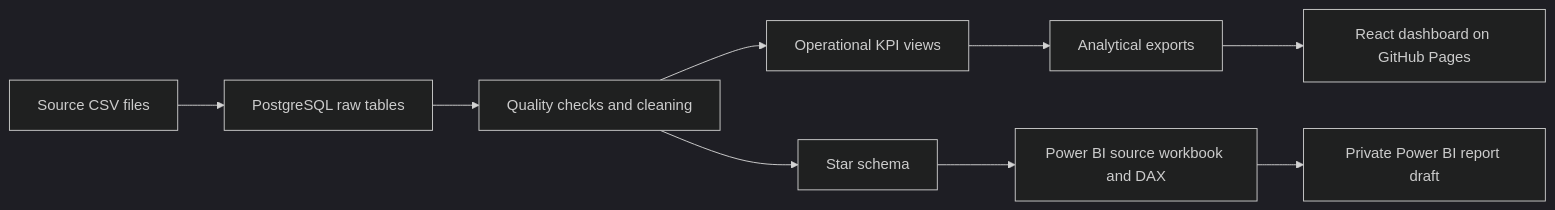
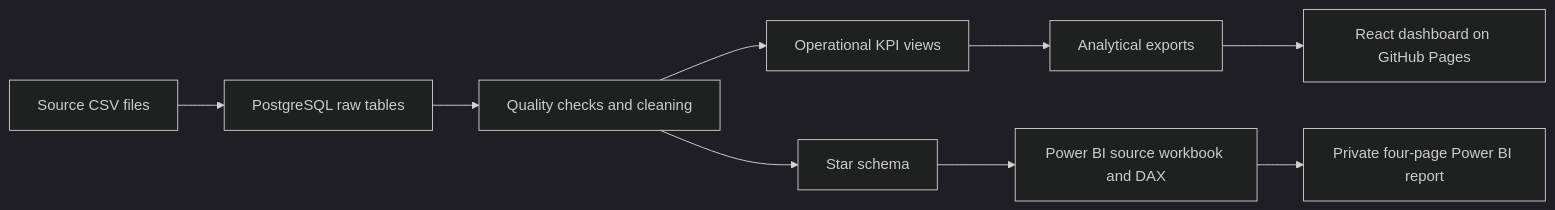
One commit to Akshayamin13/supply-chain-operations-control-tower changed the diagram in README.md. Above: the diagram before and after it, drawn with Mermaid (dark theme). The commit also changed other lines of this file and 4 other files, not shown here.

````diff
--- a/README.md
+++ b/README.md
@@ -114,11 +116,11 @@
 ```mermaid
 flowchart LR
     A[Source CSV files] --> B[PostgreSQL raw tables]
     B --> C[Quality checks and cleaning]
     C --> D[Operational KPI views]
     C --> E[Star schema]
     D --> F[Analytical exports]
     F --> G[React dashboard on GitHub Pages]
     E --> H[Power BI source workbook and DAX]
-    H --> I[Private Power BI report draft]
+    H --> I[Private four-page Power BI report]
 ```
````
